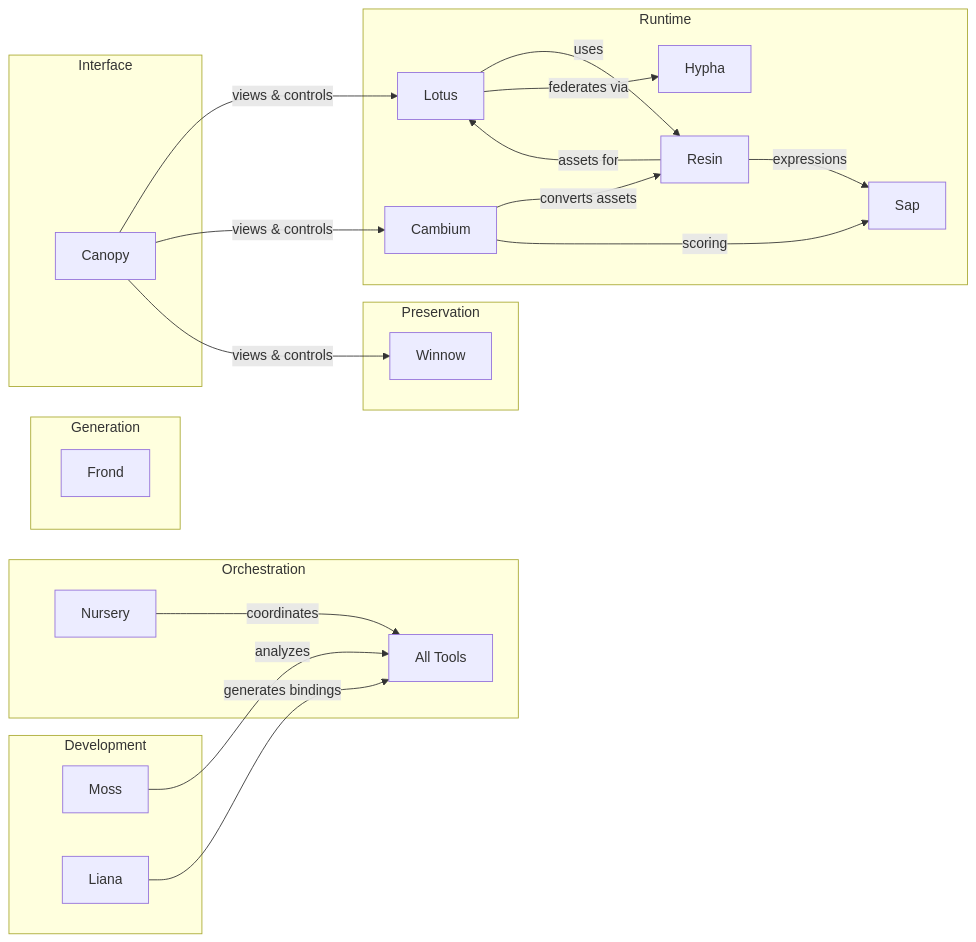
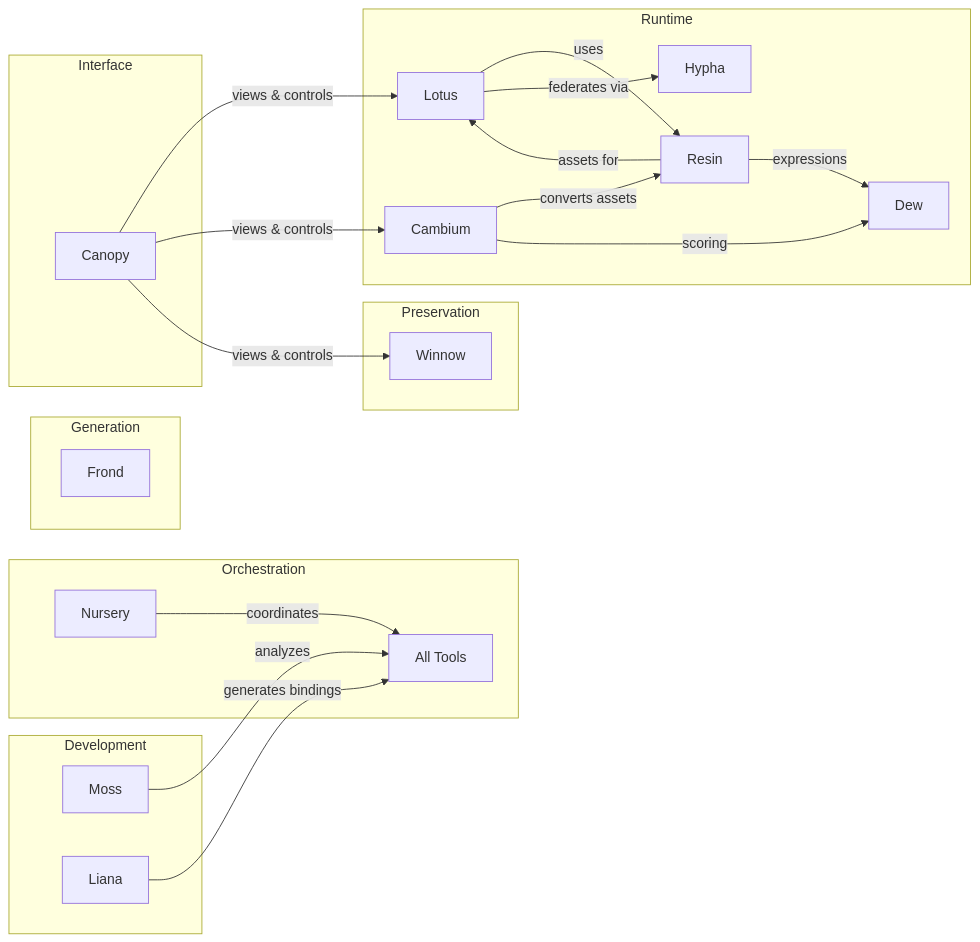
The diagram in docs/about.md (rhi-zone/rhi-zone.github.io), drawn with Mermaid before and after one commit. The commit also changed other lines of this file and 3 other files, not shown here.

First line of the commit message:
refactor: rename sap to dew in manifest examples

````diff
--- a/docs/about.md
+++ b/docs/about.md
@@ -75,29 +75,29 @@
 ```mermaid
 graph LR
     subgraph "Orchestration"
         N[Nursery] --> |coordinates| ALL[All Tools]
     end
     subgraph "Development"
         M[Moss] --> |analyzes| ALL
         LI[Liana] --> |generates bindings| ALL
     end
     subgraph "Runtime"
         L[Lotus] --> |uses| R[Resin]
         L --> |federates via| H[Hypha]
-        R --> |expressions| S[Sap]
+        R --> |expressions| D[Dew]
         R --> |assets for| L
         CA[Cambium] --> |converts assets| R
-        CA --> |scoring| S
+        CA --> |scoring| D
     end
     subgraph "Generation"
         F[Frond]
     end
     subgraph "Preservation"
         W[Winnow]
     end
     subgraph "Interface"
         CN[Canopy] --> |views & controls| L
         CN --> |views & controls| CA
         CN --> |views & controls| W
     end
 ```
````
